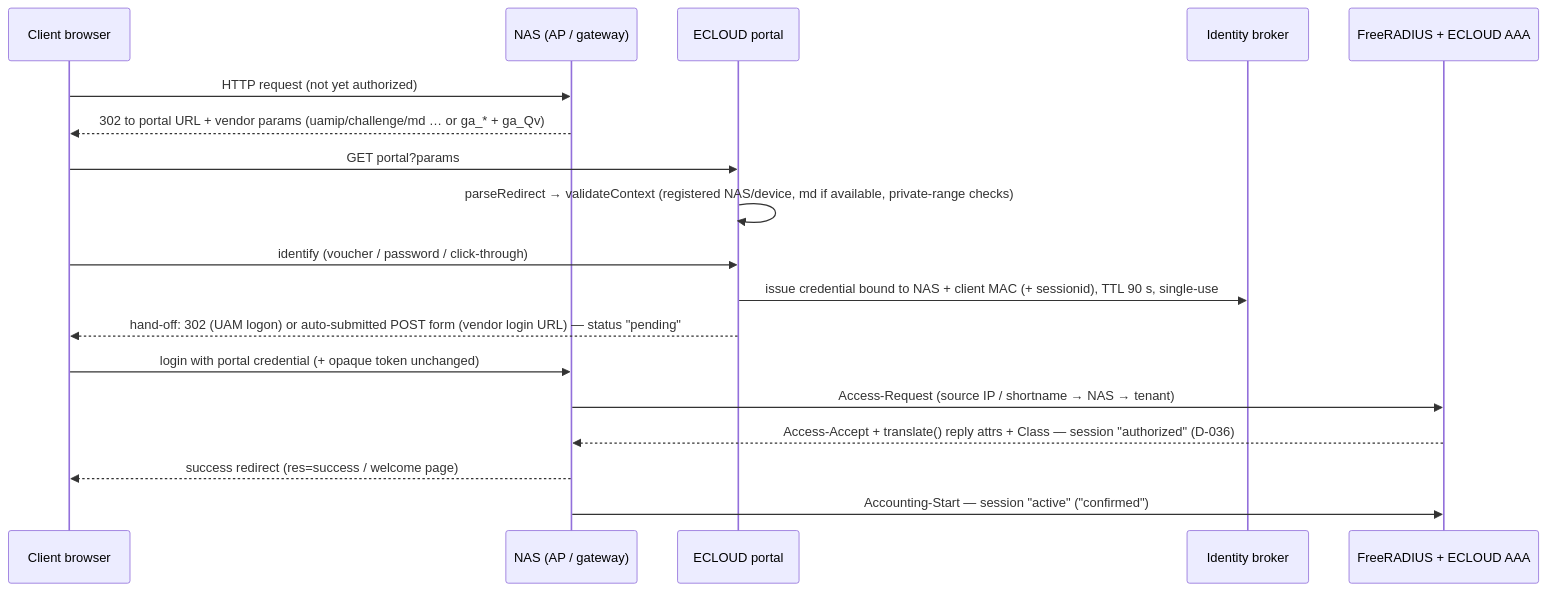
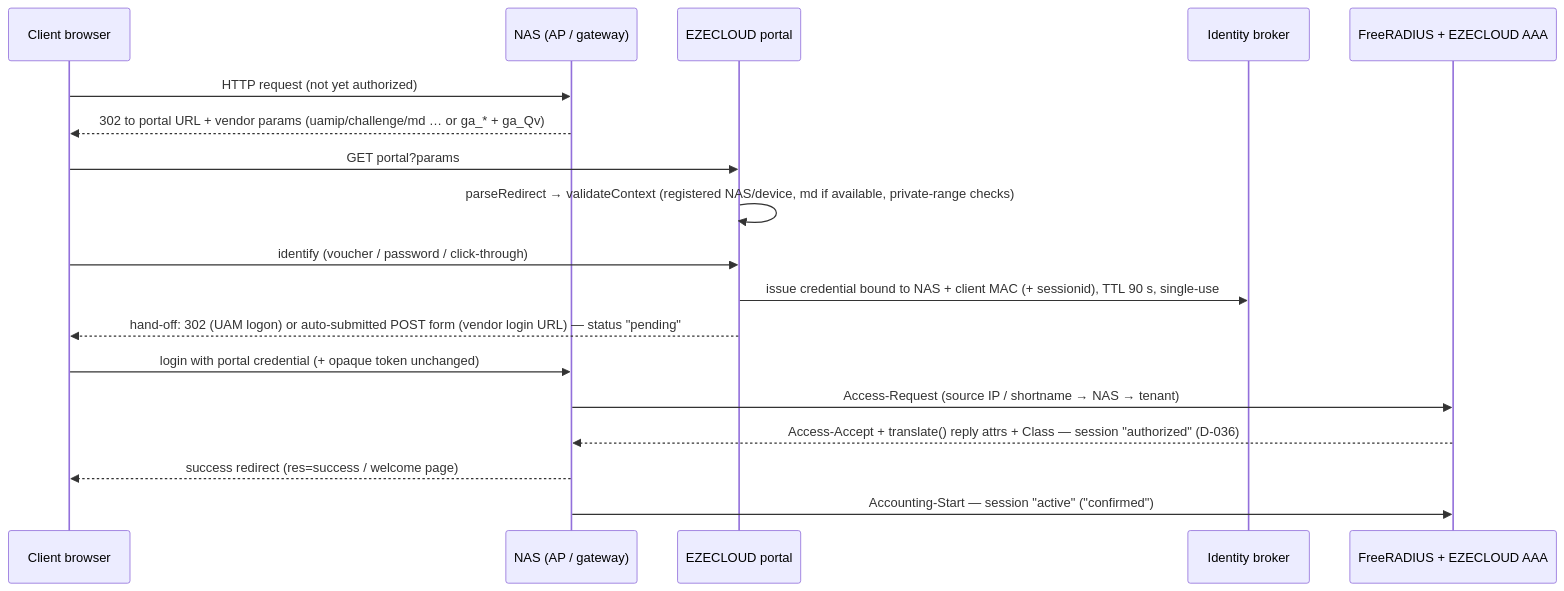
Before and after one commit to dannymagat/ecloud: the second of 2 diagrams in MULTI_VENDOR_INTEGRATION_PLAN.md, drawn with Mermaid. The commit also changed other lines of this file and 211 other files, not shown here.

First line of the commit message:
Rename product name ECLOUD to EZECLOUD in text, UI and docs

````diff
--- a/MULTI_VENDOR_INTEGRATION_PLAN.md
+++ b/MULTI_VENDOR_INTEGRATION_PLAN.md
@@ -232,20 +232,20 @@
 ```mermaid
 sequenceDiagram
   participant C as Client browser
   participant N as NAS (AP / gateway)
-  participant P as ECLOUD portal
+  participant P as EZECLOUD portal
   participant B as Identity broker
-  participant R as FreeRADIUS + ECLOUD AAA
+  participant R as FreeRADIUS + EZECLOUD AAA
   C->>N: HTTP request (not yet authorized)
   N-->>C: 302 to portal URL + vendor params (uamip/challenge/md … or ga_* + ga_Qv)
   C->>P: GET portal?params
   P->>P: parseRedirect → validateContext (registered NAS/device, md if available, private-range checks)
   C->>P: identify (voucher / password / click-through)
   P->>B: issue credential bound to NAS + client MAC (+ sessionid), TTL 90 s, single-use
   P-->>C: hand-off: 302 (UAM logon) or auto-submitted POST form (vendor login URL) — status "pending"
   C->>N: login with portal credential (+ opaque token unchanged)
   N->>R: Access-Request (source IP / shortname → NAS → tenant)
   R-->>N: Access-Accept + translate() reply attrs + Class — session "authorized" (D-036)
   N-->>C: success redirect (res=success / welcome page)
   N->>R: Accounting-Start — session "active" ("confirmed")
 ```
````
